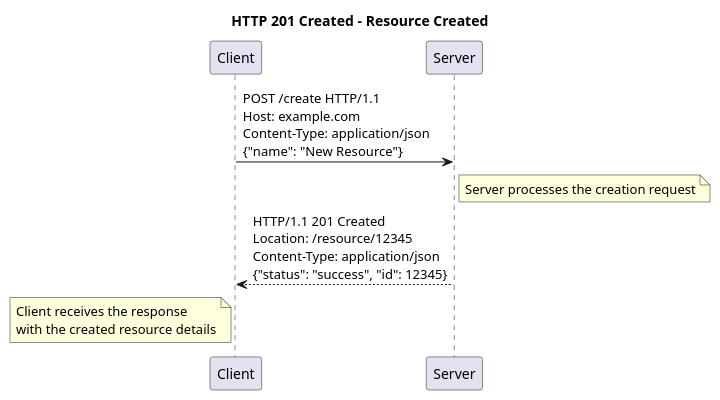
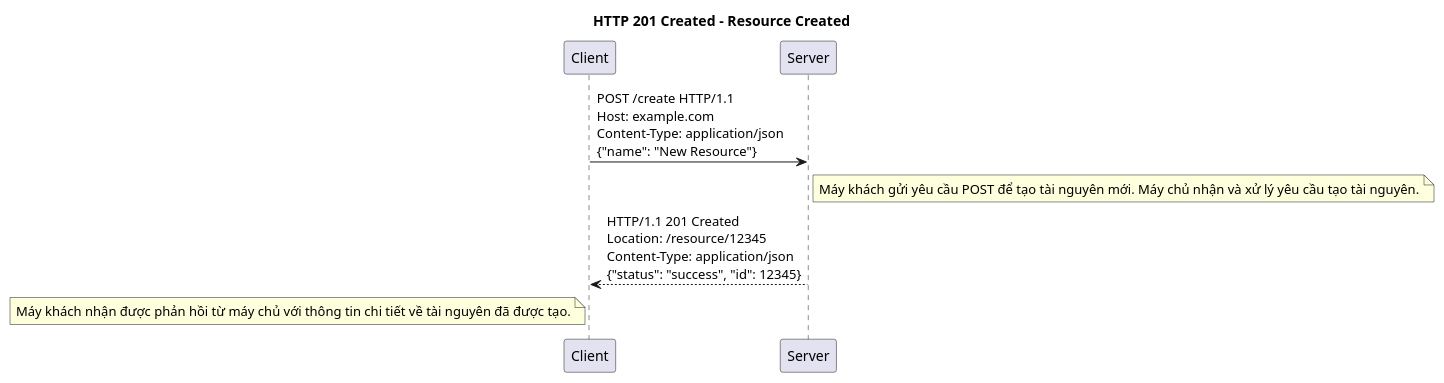
The fourth of 26 diagrams in packages/apps/src/blog/2024-12-05-y-nghia-cua-cac-http-status-code.md (thanhlv-com/thanhlv-blog), drawn with PlantUML before and after one commit. The commit also changed other lines of this file and 3 other files, not shown here.

````diff
--- a/packages/apps/src/blog/2024-12-05-y-nghia-cua-cac-http-status-code.md
+++ b/packages/apps/src/blog/2024-12-05-y-nghia-cua-cac-http-status-code.md
@@ -212,16 +214,15 @@
 ```plantuml
 @startuml
 
 title HTTP 201 Created - Resource Created
 
 participant "Client" as C
 participant "Server" as S
 
 C -> S: POST /create HTTP/1.1\nHost: example.com\nContent-Type: application/json\n{"name": "New Resource"}
-note right of S: Server processes the creation request
+note right of S: Máy khách gửi yêu cầu POST để tạo tài nguyên mới. Máy chủ nhận và xử lý yêu cầu tạo tài nguyên.
 
 S --> C: HTTP/1.1 201 Created\nLocation: /resource/12345\nContent-Type: application/json\n{"status": "success", "id": 12345}
-note left of C: Client receives the response\nwith the created resource details
-
+note left of C: Máy khách nhận được phản hồi từ máy chủ với thông tin chi tiết về tài nguyên đã được tạo.
 @enduml
 ```
````
